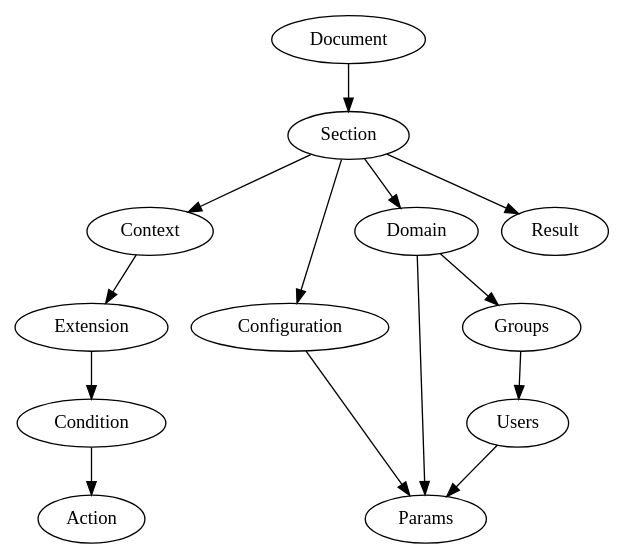
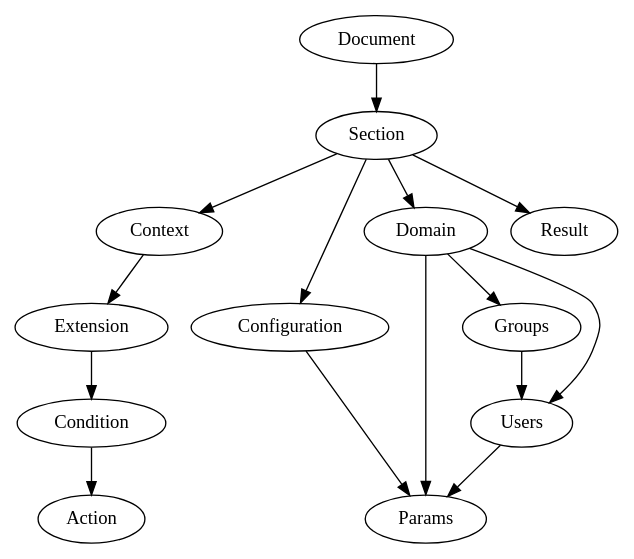
One commit to mantyr/go-freeswitch changed the diagram in graph.dot. Above: the diagram before and after it, drawn with Graphviz. The commit also changed 3 other files, not shown here.

```diff
--- a/graph.dot
+++ b/graph.dot
@@ -1,16 +1,17 @@
 # dot graph.dot -Tpng -o graph.png
 digraph struct {
   Document -> Section
   Section -> Context
   Section -> Configuration
   Section -> Domain
   Section -> Result
   Context -> Extension
   Configuration -> Params
   Domain -> Params
   Domain -> Groups
+  Domain -> Users
   Groups -> Users
   Users -> Params
   Extension -> Condition
   Condition -> Action
 }
```
